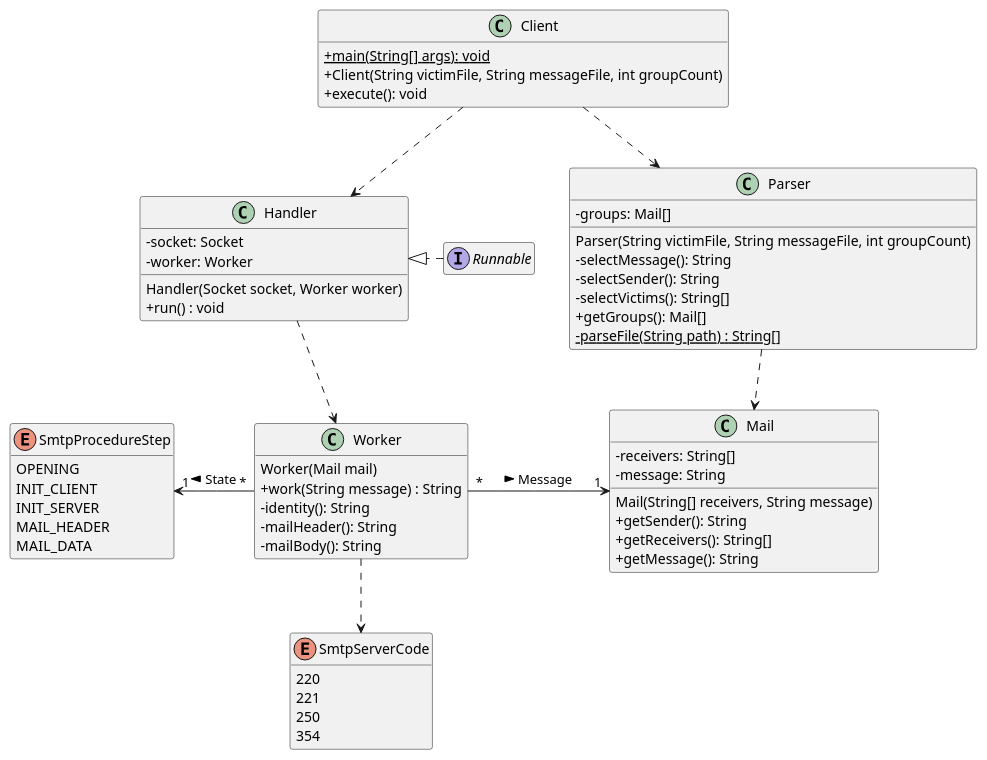
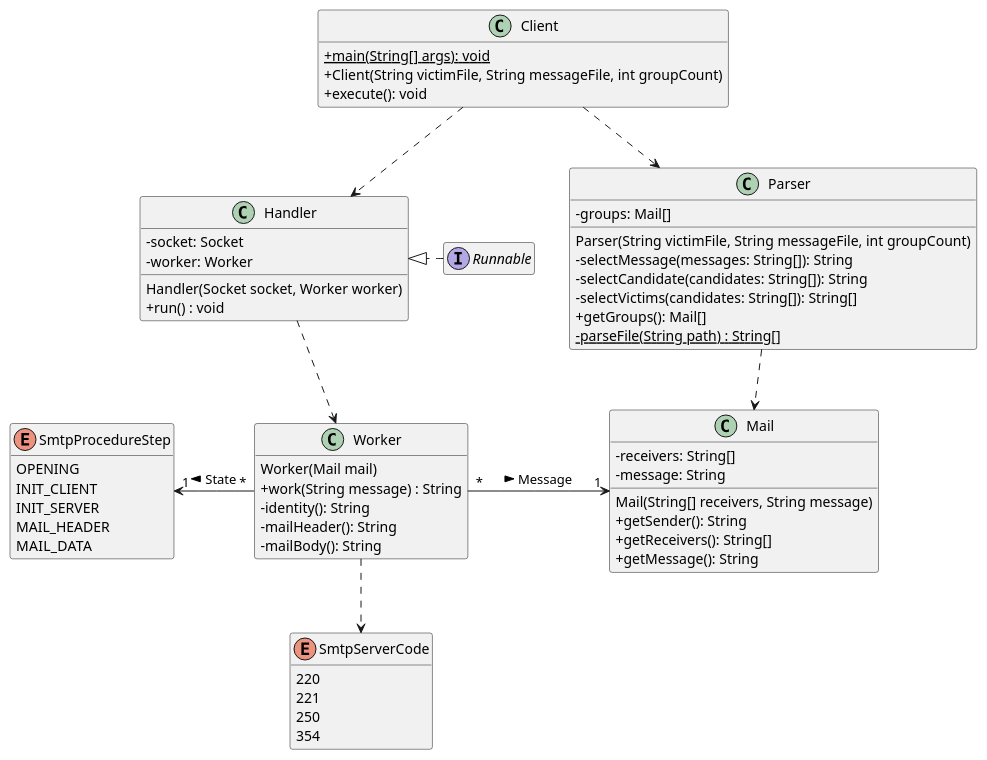
One commit to a-mango/dai-lab-smtp changed the diagram in doc/class_diagram.puml. Above: the diagram before and after it, drawn with PlantUML. The commit also changed 1 other file, not shown here.

```diff
--- a/doc/class_diagram.puml
+++ b/doc/class_diagram.puml
@@ -1,73 +1,73 @@
 @startuml
 'https://plantuml.com/class-diagram
 skinparam classAttributeIconSize 0
 skinparam groupInheritance 3
 hide empty methods
 hide empty members
 
 class Client {
     {static} + main(String[] args): void
     + Client(String victimFile, String messageFile, int groupCount)
     + execute(): void
 }
 
 class Handler {
     - socket: Socket
     - worker: Worker
     Handler(Socket socket, Worker worker)
     + run() : void
 }
 
 class Worker {
     Worker(Mail mail)
     + work(String message) : String
     - identity(): String
     - mailHeader(): String
     - mailBody(): String
 }
 
 enum SmtpProcedureStep {
     OPENING
     INIT_CLIENT
     INIT_SERVER
     MAIL_HEADER
     MAIL_DATA
 }
 
 enum SmtpServerCode {
     220
     221
     250
     354
 }
 
 class Parser {
     - groups: Mail[]
     Parser(String victimFile, String messageFile, int groupCount)
-    - selectMessage(): String
-    - selectSender(): String
-    - selectVictims(): String[]
+    - selectMessage(messages: String[]): String
+    - selectCandidate(candidates: String[]): String
+    - selectVictims(candidates: String[]): String[]
     + getGroups(): Mail[]
     {static} - parseFile(String path) : String[]
 }
 
 class Mail {
     - receivers: String[]
     - message: String
     Mail(String[] receivers, String message)
     + getSender(): String
     + getReceivers(): String[]
     + getMessage(): String
 }
 
 interface Runnable
 
 Client ..> Handler
 Client ..> Parser
 Handler .down.> Worker
 Runnable .right.|> Handler
 Parser ..> Mail
 Worker "*" -right-> "1" Mail : "Message >"
 Worker "*" -left-> "1" SmtpProcedureStep : "State >"
 Worker .down.> SmtpServerCode
 @enduml
```
